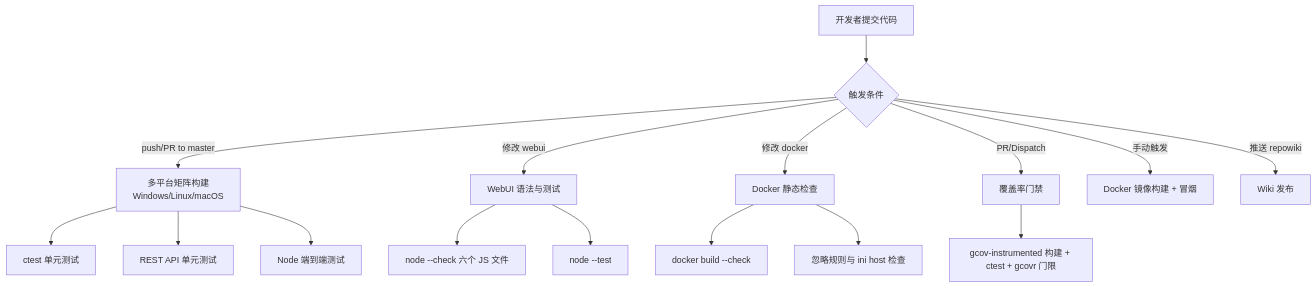
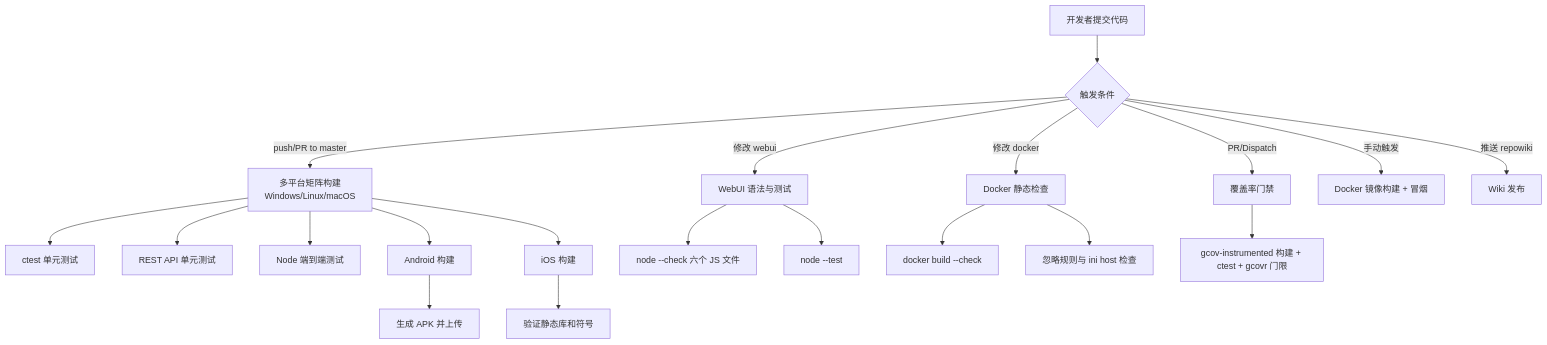
Before and after one commit to hsmbanlance/HsBaSlicer: the second of 12 diagrams in .qoder/repowiki/zh/content/开发测试与贡献/CI_CD流水线增强.md, drawn with Mermaid. The commit also changed other lines of this file and 66 other files, not shown here.

````diff
--- a/.qoder/repowiki/zh/content/开发测试与贡献/CI_CD流水线增强.md
+++ b/.qoder/repowiki/zh/content/开发测试与贡献/CI_CD流水线增强.md
@@ -94,18 +126,22 @@
 ```mermaid
 flowchart TD
 Dev["开发者提交代码"] --> Trigger{"触发条件"}
 Trigger --> |push/PR to master| Matrix["多平台矩阵构建<br/>Windows/Linux/macOS"]
 Trigger --> |修改 webui| WebUIJob["WebUI 语法与测试"]
 Trigger --> |修改 docker| DockerLint["Docker 静态检查"]
 Trigger --> |PR/Dispatch| Coverage["覆盖率门禁"]
 Trigger --> |手动触发| DockerBuild["Docker 镜像构建 + 冒烟"]
 Trigger --> |推送 repowiki| Wiki["Wiki 发布"]
 Matrix --> Test["ctest 单元测试"]
 Matrix --> RestTest["REST API 单元测试"]
 Matrix --> E2E["Node 端到端测试"]
+Matrix --> AndroidBuild["Android 构建"]
+Matrix --> IOSBuild["iOS 构建"]
 WebUIJob --> Syntax["node --check 六个 JS 文件"]
 WebUIJob --> NodeTest["node --test"]
 DockerLint --> CheckDocker["docker build --check"]
 DockerLint --> ContextCheck["忽略规则与 ini host 检查"]
 Coverage --> Gcov["gcov-instrumented 构建 + ctest + gcovr 门限"]
+AndroidBuild --> APK["生成 APK 并上传"]
+IOSBuild --> Verify["验证静态库和符号"]
 ```
````
